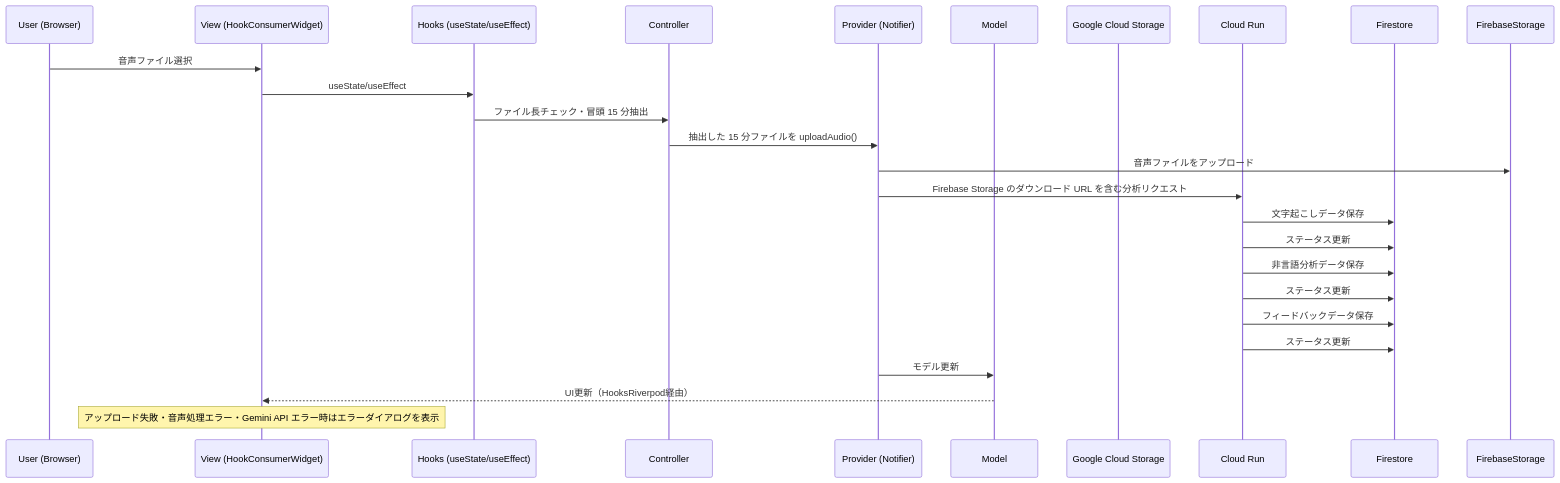
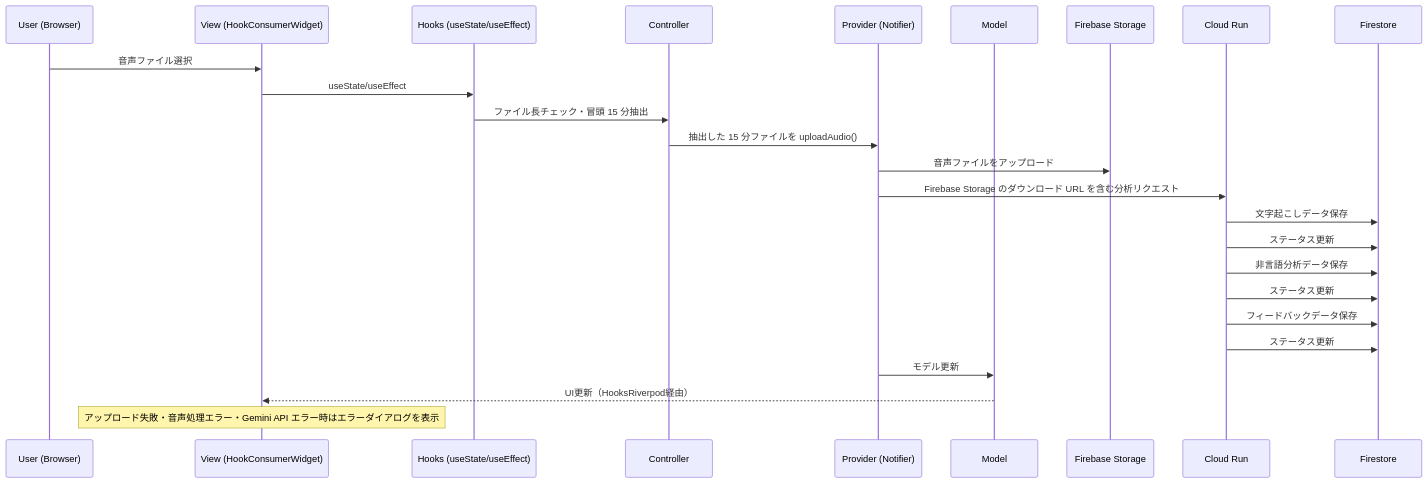
One commit to GrassVenture/date-feed-back changed the first of 2 diagrams in context/mvp/design-doc.md. Above: the diagram before and after it, drawn with Mermaid. The commit also changed 1 other file, not shown here.

Commit message:
docs: 設計ドキュメントとコードコメントをFirebase Storage対応に更新
- シーケンス図のparticipant名をGCSからFBStorageへ修正
- Firestore保存処理のparticipant名を統一
- HttpClient内のfileUriに関するコメントもFirebase Storageを明示
- ドキュメントと実装コメントの整合性を確保

````diff
--- a/context/mvp/design-doc.md
+++ b/context/mvp/design-doc.md
@@ -150,28 +150,28 @@
    ```mermaid
    sequenceDiagram
        participant U as User (Browser)
        participant V as View (HookConsumerWidget)
        participant H as Hooks (useState/useEffect)
        participant C as Controller
        participant P as Provider (Notifier)
        participant M as Model
-       participant GCS as Google Cloud Storage
+       participant FBStorage as Firebase Storage
        participant CR as Cloud Run
-       participant FS as Firestore
+       participant Firestore as Firestore
 
        U->>V: 音声ファイル選択
        V->>H: useState/useEffect
        H->>C: ファイル長チェック・冒頭 15 分抽出
        C->>P: 抽出した 15 分ファイルを uploadAudio()
-       P->>FirebaseStorage: 音声ファイルをアップロード
+       P->>FBStorage: 音声ファイルをアップロード
        P->>CR: Firebase Storage のダウンロード URL を含む分析リクエスト
-       CR->>FS: 文字起こしデータ保存
-       CR->>FS: ステータス更新
-       CR->>FS: 非言語分析データ保存
-       CR->>FS: ステータス更新
-       CR->>FS: フィードバックデータ保存
-       CR->>FS: ステータス更新
+       CR->>Firestore: 文字起こしデータ保存
+       CR->>Firestore: ステータス更新
+       CR->>Firestore: 非言語分析データ保存
+       CR->>Firestore: ステータス更新
+       CR->>Firestore: フィードバックデータ保存
+       CR->>Firestore: ステータス更新
        P->>M: モデル更新
        M-->>V: UI更新（HooksRiverpod経由）
        Note over V: アップロード失敗・音声処理エラー・Gemini API エラー時はエラーダイアログを表示
    ```
````
